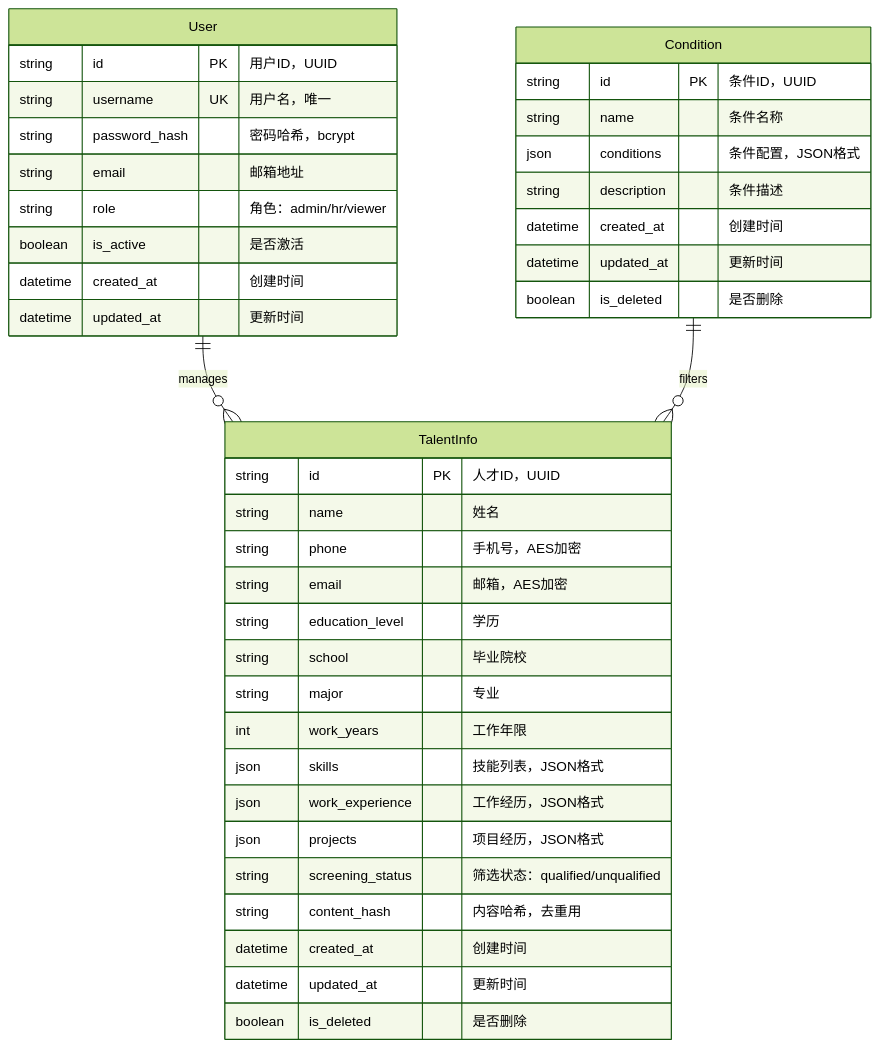
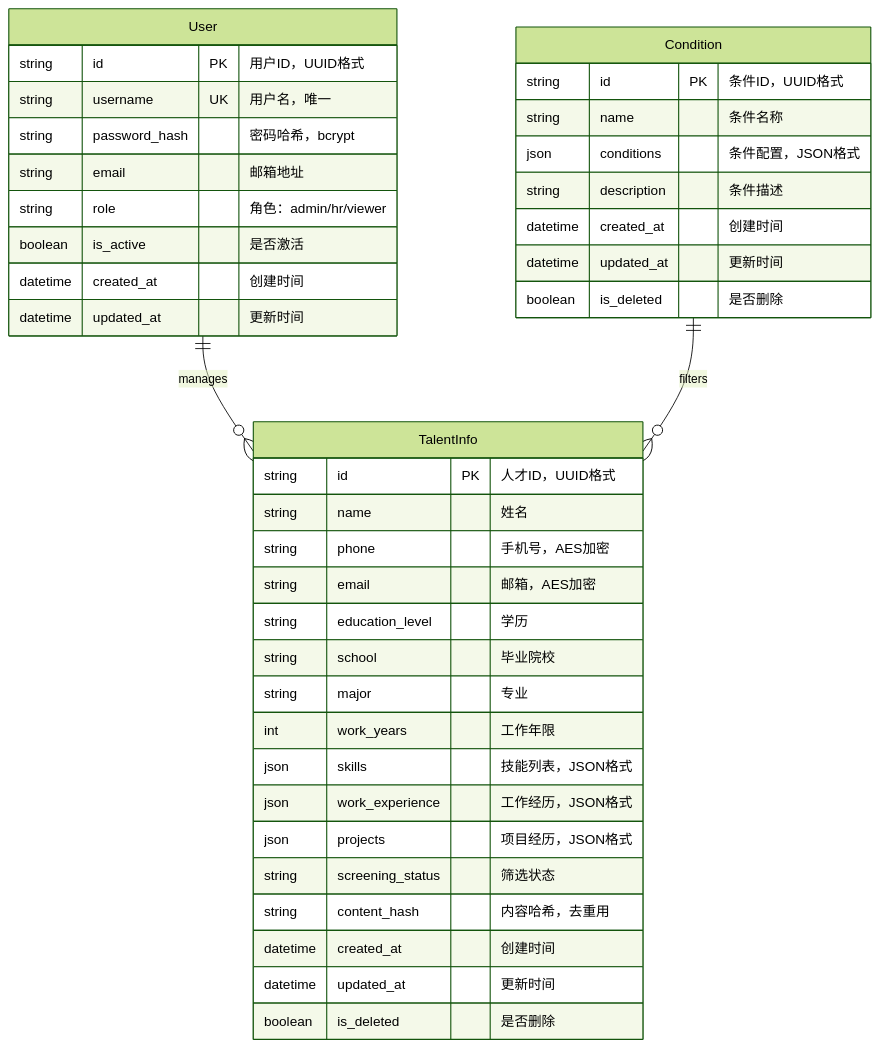
Before and after one commit to xt765/ResumeScreening: the seventh of 10 diagrams in README_CN.md, drawn with Mermaid (forest theme). The commit also changed other lines of this file and 4 other files, not shown here.

First line of the commit message:
docs: 模仿mermaid-trace格式重写README

````diff
--- a/README_CN.md
+++ b/README_CN.md
@@ -573,45 +402,45 @@
 ```mermaid
 erDiagram
     User ||--o{ TalentInfo : manages
     Condition ||--o{ TalentInfo : filters
-  
+    
     User {
-        string id PK "用户ID，UUID"
+        string id PK "用户ID，UUID格式"
         string username UK "用户名，唯一"
         string password_hash "密码哈希，bcrypt"
         string email "邮箱地址"
         string role "角色：admin/hr/viewer"
         boolean is_active "是否激活"
         datetime created_at "创建时间"
         datetime updated_at "更新时间"
     }
-  
+    
     TalentInfo {
-        string id PK "人才ID，UUID"
+        string id PK "人才ID，UUID格式"
         string name "姓名"
         string phone "手机号，AES加密"
         string email "邮箱，AES加密"
         string education_level "学历"
         string school "毕业院校"
         string major "专业"
         int work_years "工作年限"
         json skills "技能列表，JSON格式"
         json work_experience "工作经历，JSON格式"
         json projects "项目经历，JSON格式"
-        string screening_status "筛选状态：qualified/unqualified"
+        string screening_status "筛选状态"
         string content_hash "内容哈希，去重用"
         datetime created_at "创建时间"
         datetime updated_at "更新时间"
         boolean is_deleted "是否删除"
     }
-  
+    
     Condition {
-        string id PK "条件ID，UUID"
+        string id PK "条件ID，UUID格式"
         string name "条件名称"
         json conditions "条件配置，JSON格式"
         string description "条件描述"
         datetime created_at "创建时间"
         datetime updated_at "更新时间"
         boolean is_deleted "是否删除"
     }
 ```
````
